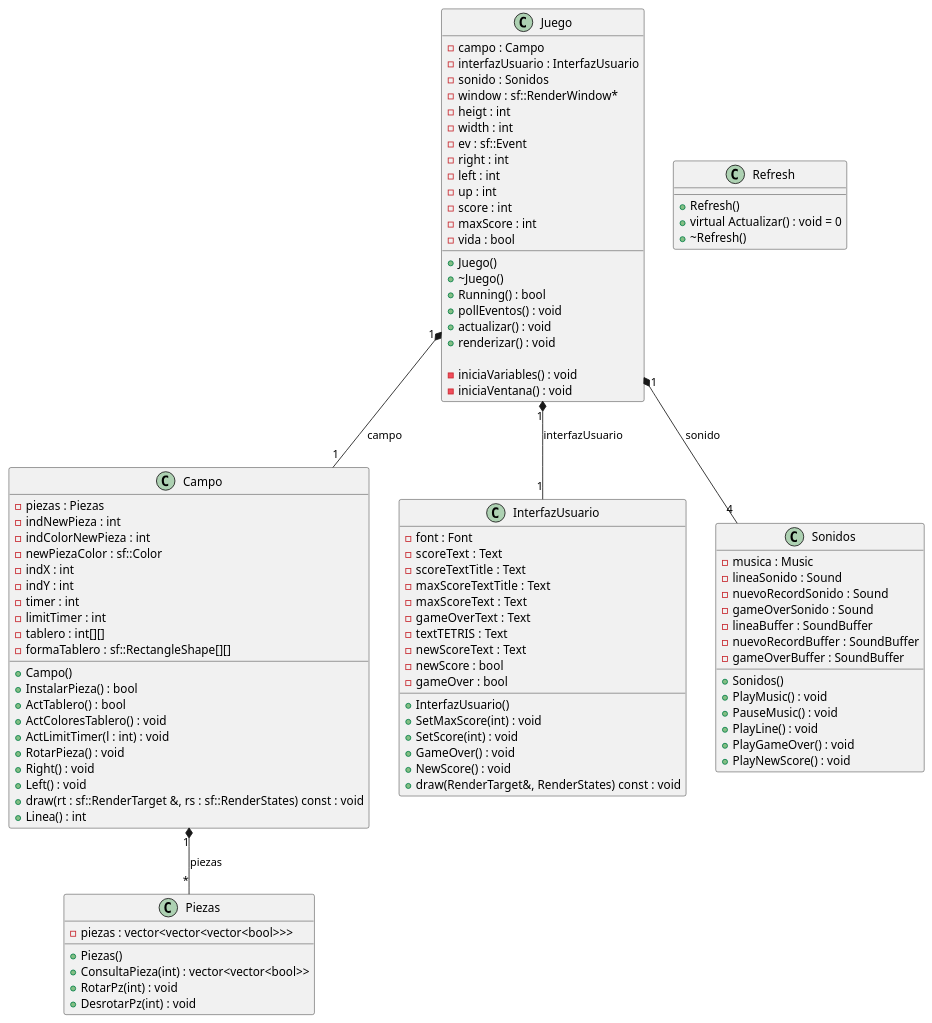
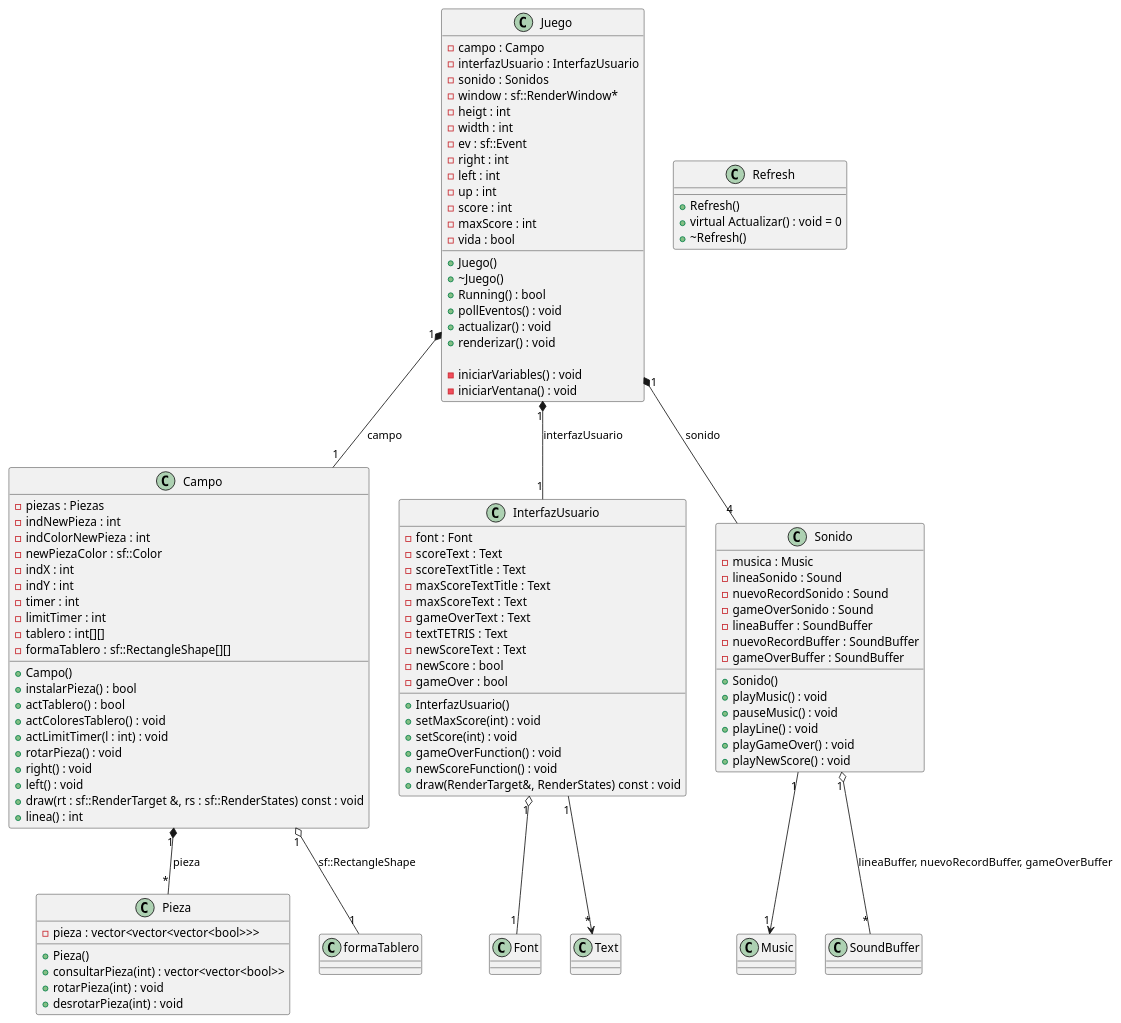
One commit to SpyBubbles/Tetris changed the diagram in docs/tetris.puml. Above: the diagram before and after it, drawn with PlantUML. The commit also changed 6 other files, not shown here.

First line of the commit message:
Actualización del UML

```diff
--- a/docs/tetris.puml
+++ b/docs/tetris.puml
@@ -1,111 +1,115 @@
 @startuml Tetris
 
 class Campo {
     - piezas : Piezas
     - indNewPieza : int
     - indColorNewPieza : int
     - newPiezaColor : sf::Color
     - indX : int
     - indY : int
     - timer : int
     - limitTimer : int
     - tablero : int[][]
     - formaTablero : sf::RectangleShape[][]
 
     + Campo()
-    + InstalarPieza() : bool
-    + ActTablero() : bool
-    + ActColoresTablero() : void
-    + ActLimitTimer(l : int) : void
-    + RotarPieza() : void
-    + Right() : void
-    + Left() : void
+    + instalarPieza() : bool
+    + actTablero() : bool
+    + actColoresTablero() : void
+    + actLimitTimer(l : int) : void
+    + rotarPieza() : void
+    + right() : void
+    + left() : void
     + draw(rt : sf::RenderTarget &, rs : sf::RenderStates) const : void
-    + Linea() : int
+    + linea() : int
 }
 
 class InterfazUsuario {
     - font : Font
     - scoreText : Text
     - scoreTextTitle : Text
     - maxScoreTextTitle : Text
     - maxScoreText : Text
     - gameOverText : Text
     - textTETRIS : Text
     - newScoreText : Text
     - newScore : bool
     - gameOver : bool
 
     + InterfazUsuario()
-    + SetMaxScore(int) : void
-    + SetScore(int) : void
-    + GameOver() : void
-    + NewScore() : void
+    + setMaxScore(int) : void
+    + setScore(int) : void
+    + gameOverFunction() : void
+    + newScoreFunction() : void
     + draw(RenderTarget&, RenderStates) const : void
-
 }
 
 class Juego {
     - campo : Campo
     - interfazUsuario : InterfazUsuario
     - sonido : Sonidos
     - window : sf::RenderWindow*
     - heigt : int
     - width : int
     - ev : sf::Event
     - right : int
     - left : int
     - up : int
     - score : int
     - maxScore : int
     - vida : bool
 
     + Juego()
     + ~Juego()
     + Running() : bool
     + pollEventos() : void
     + actualizar() : void
     + renderizar() : void
 
-    - iniciaVariables() : void
-    - iniciaVentana() : void
+    - iniciarVariables() : void
+    - iniciarVentana() : void
 }
 
-class Piezas {
-    - piezas : vector<vector<vector<bool>>>
+class Pieza {
+    - pieza : vector<vector<vector<bool>>>
 
-    + Piezas()
-    + ConsultaPieza(int) : vector<vector<bool>>
-    + RotarPz(int) : void
-    + DesrotarPz(int) : void
+    + Pieza()
+    + consultarPieza(int) : vector<vector<bool>>
+    + rotarPieza(int) : void
+    + desrotarPieza(int) : void
 }
 
 class Refresh {
     + Refresh()
     + virtual Actualizar() : void = 0
     + ~Refresh()
 }
 
-class Sonidos {
+class Sonido {
     - musica : Music
     - lineaSonido : Sound
     - nuevoRecordSonido : Sound
     - gameOverSonido : Sound
     - lineaBuffer : SoundBuffer
     - nuevoRecordBuffer : SoundBuffer
     - gameOverBuffer : SoundBuffer
 
-    + Sonidos()
-    + PlayMusic() : void
-    + PauseMusic() : void
-    + PlayLine() : void
-    + PlayGameOver() : void
-    + PlayNewScore() : void
+    + Sonido()
+    + playMusic() : void
+    + pauseMusic() : void
+    + playLine() : void
+    + playGameOver() : void
+    + playNewScore() : void
 }
 
 Juego "1" *-- "1" Campo: campo 
 Juego "1" *-- "1" InterfazUsuario: interfazUsuario 
-Juego "1" *-- "4" Sonidos: sonido 
-Campo "1" *-- "*" Piezas: piezas
+Juego "1" *-- "4" Sonido: sonido 
+Campo "1" *-- "*" Pieza: pieza
+Campo "1" o-- "1" formaTablero: "sf::RectangleShape" 
+Sonido "1" --> "1" Music
+Sonido "1" o-- "*" SoundBuffer: "lineaBuffer, nuevoRecordBuffer, gameOverBuffer"
+InterfazUsuario "1" o-- "1" Font
+InterfazUsuario "1" --> "*" Text
 
 @enduml
```
